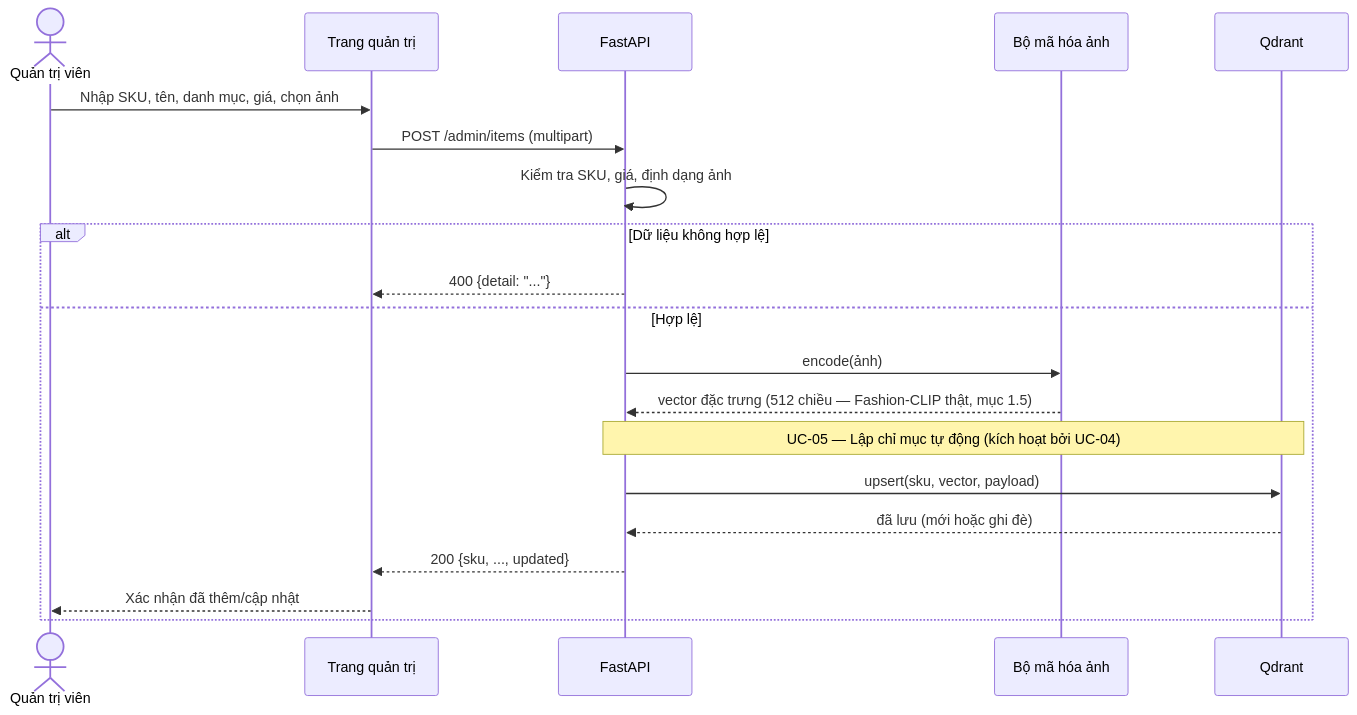
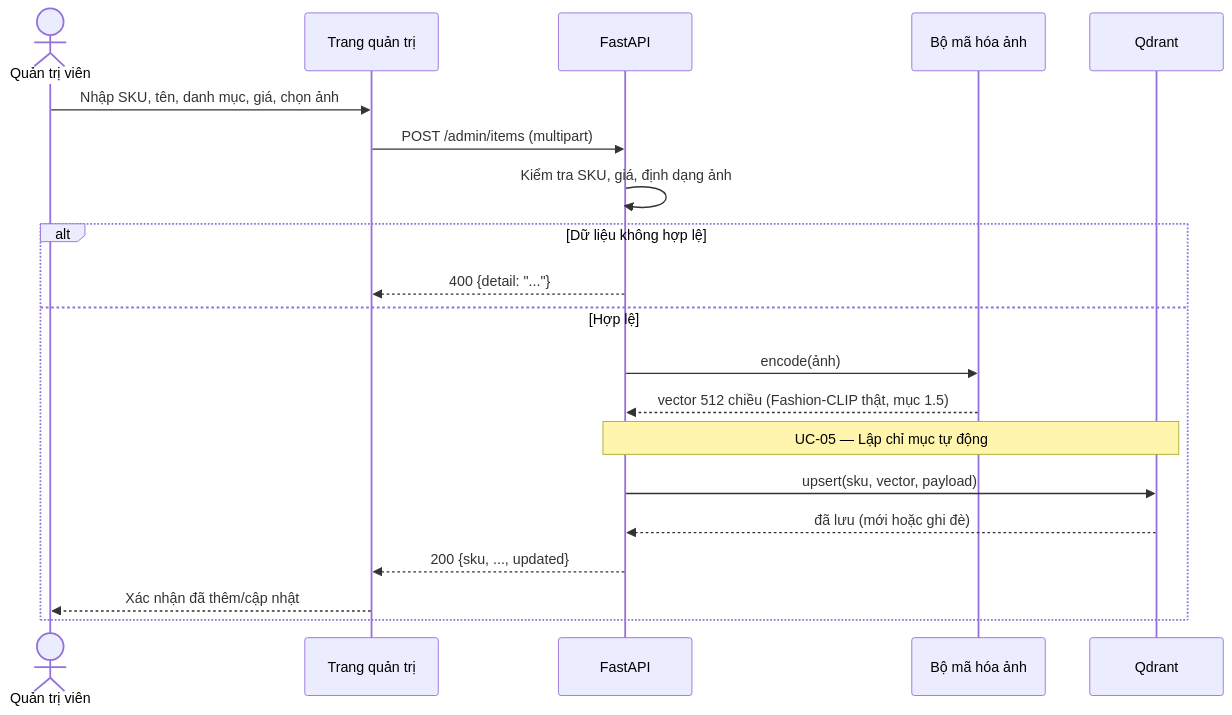
One commit to hotdua147/SoftwareEngineering changed the fifth of 5 diagrams in README.md. Above: the diagram before and after it, drawn with Mermaid. The commit also changed other lines of this file, not shown here.

````diff
--- a/README.md
+++ b/README.md
@@ -313,23 +222,23 @@
 ```mermaid
 sequenceDiagram
     actor QT as Quản trị viên
     participant WEB as Trang quản trị
     participant API as FastAPI
     participant ENC as Bộ mã hóa ảnh
     participant DB as Qdrant
 
     QT->>WEB: Nhập SKU, tên, danh mục, giá, chọn ảnh
     WEB->>API: POST /admin/items (multipart)
     API->>API: Kiểm tra SKU, giá, định dạng ảnh
     alt Dữ liệu không hợp lệ
         API-->>WEB: 400 {detail: "..."}
     else Hợp lệ
         API->>ENC: encode(ảnh)
-        ENC-->>API: vector đặc trưng (512 chiều — Fashion-CLIP thật, mục 1.5)
-        Note over API,DB: UC-05 — Lập chỉ mục tự động (kích hoạt bởi UC-04)
+        ENC-->>API: vector 512 chiều (Fashion-CLIP thật, mục 1.5)
+        Note over API,DB: UC-05 — Lập chỉ mục tự động
         API->>DB: upsert(sku, vector, payload)
         DB-->>API: đã lưu (mới hoặc ghi đè)
         API-->>WEB: 200 {sku, ..., updated}
         WEB-->>QT: Xác nhận đã thêm/cập nhật
     end
 ```
````
